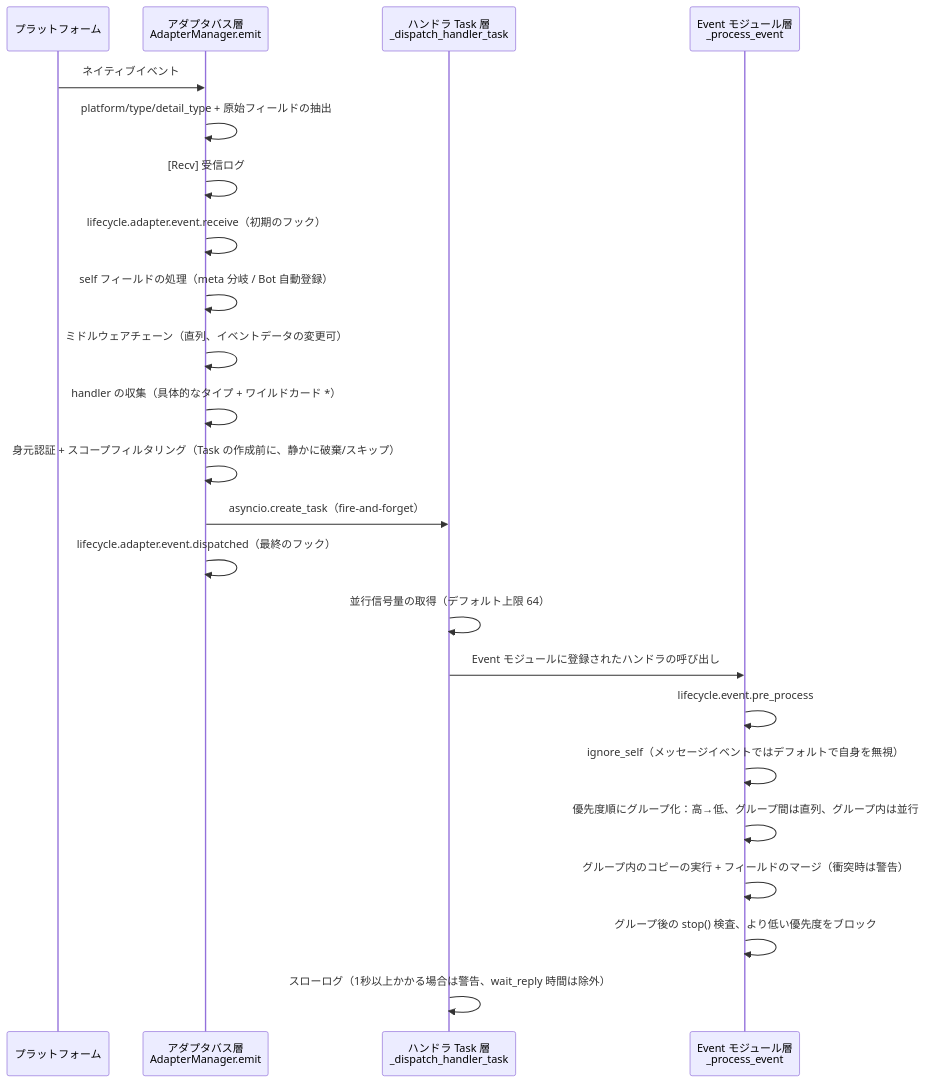
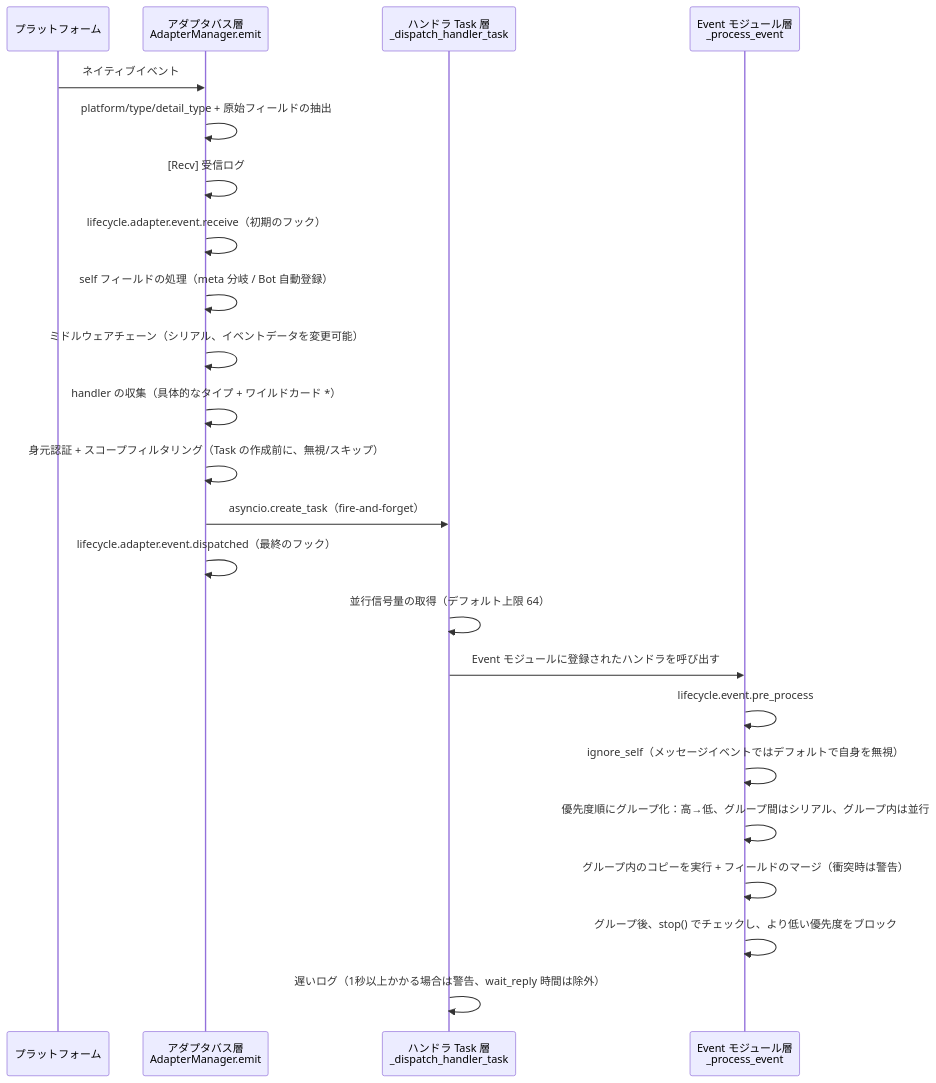
The fourth of 9 diagrams in docs/ja/architecture.md (ErisPulse/ErisPulse), drawn with Mermaid before and after one commit. The commit also changed other lines of this file and 91 other files, not shown here.

````diff
--- a/docs/ja/architecture.md
+++ b/docs/ja/architecture.md
@@ -111,26 +111,26 @@
 ```mermaid
 sequenceDiagram
     participant P as プラットフォーム
     participant A as アダプタバス層<br/>AdapterManager.emit
     participant T as ハンドラ Task 層<br/>_dispatch_handler_task
     participant E as Event モジュール層<br/>_process_event
 
     P->>A: ネイティブイベント
     A->>A: platform/type/detail_type + 原始フィールドの抽出
     A->>A: [Recv] 受信ログ
     A->>A: lifecycle.adapter.event.receive（初期のフック）
     A->>A: self フィールドの処理（meta 分岐 / Bot 自動登録）
-    A->>A: ミドルウェアチェーン（直列、イベントデータの変更可）
+    A->>A: ミドルウェアチェーン（シリアル、イベントデータを変更可能）
     A->>A: handler の収集（具体的なタイプ + ワイルドカード *）
-    A->>A: 身元認証 + スコープフィルタリング（Task の作成前に、静かに破棄/スキップ）
+    A->>A: 身元認証 + スコープフィルタリング（Task の作成前に、無視/スキップ）
     A->>T: asyncio.create_task（fire-and-forget）
     A->>A: lifecycle.adapter.event.dispatched（最終のフック）
     T->>T: 並行信号量の取得（デフォルト上限 64）
-    T->>E: Event モジュールに登録されたハンドラの呼び出し
+    T->>E: Event モジュールに登録されたハンドラを呼び出す
     E->>E: lifecycle.event.pre_process
     E->>E: ignore_self（メッセージイベントではデフォルトで自身を無視）
-    E->>E: 優先度順にグループ化：高→低、グループ間は直列、グループ内は並行
-    E->>E: グループ内のコピーの実行 + フィールドのマージ（衝突時は警告）
-    E->>E: グループ後の stop() 検査、より低い優先度をブロック
-    T->>T: スローログ（1秒以上かかる場合は警告、wait_reply 時間は除外）
+    E->>E: 優先度順にグループ化：高→低、グループ間はシリアル、グループ内は並行
+    E->>E: グループ内のコピーを実行 + フィールドのマージ（衝突時は警告）
+    E->>E: グループ後、stop() でチェックし、より低い優先度をブロック
+    T->>T: 遅いログ（1秒以上かかる場合は警告、wait_reply 時間は除外）
 ```
````
